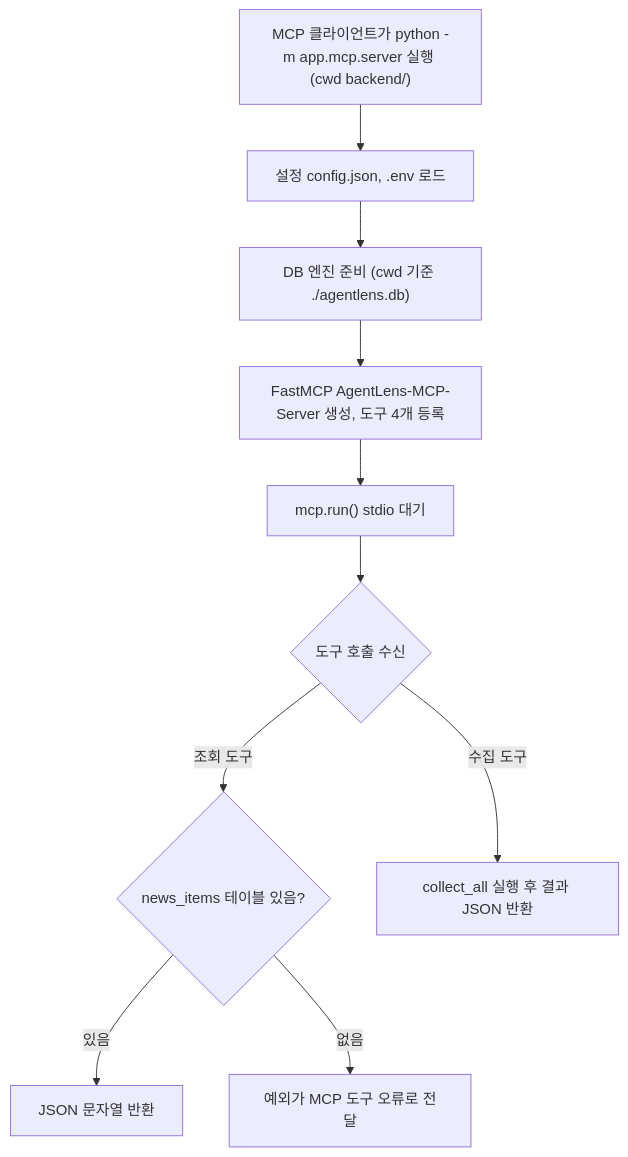
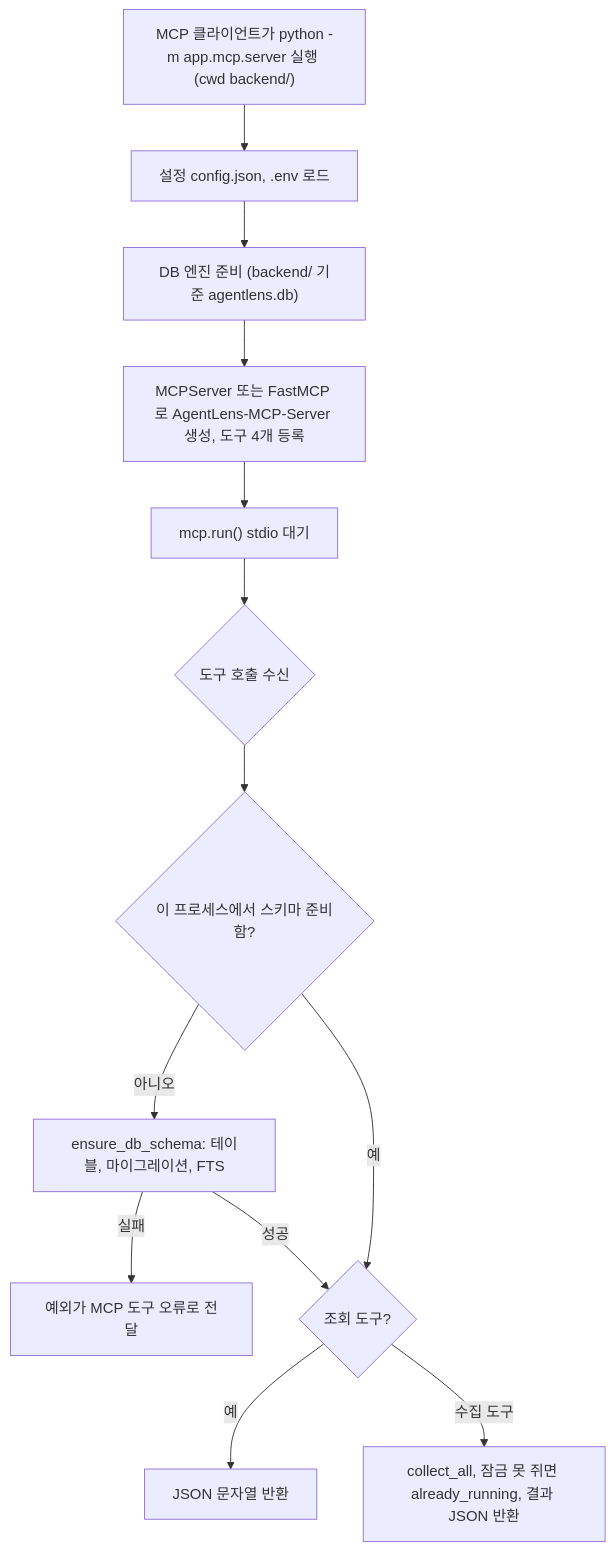
Before and after one commit to ozplayground/agent-lens: the first of 7 diagrams in docs/spec-writer/fsd/06_MCP_SERVER_SPECIFICATION.md, drawn with Mermaid. The commit also changed other lines of this file and 216 other files, not shown here.

````diff
--- a/docs/spec-writer/fsd/06_MCP_SERVER_SPECIFICATION.md
+++ b/docs/spec-writer/fsd/06_MCP_SERVER_SPECIFICATION.md
@@ -72,12 +72,15 @@
 ```mermaid
 flowchart TD
     A["MCP 클라이언트가 python -m app.mcp.server 실행 (cwd backend/)"] --> B["설정 config.json, .env 로드"]
-    B --> C["DB 엔진 준비 (cwd 기준 ./agentlens.db)"]
-    C --> D["FastMCP AgentLens-MCP-Server 생성, 도구 4개 등록"]
+    B --> C["DB 엔진 준비 (backend/ 기준 agentlens.db)"]
+    C --> D["MCPServer 또는 FastMCP 로 AgentLens-MCP-Server 생성, 도구 4개 등록"]
     D --> E["mcp.run() stdio 대기"]
     E --> F{"도구 호출 수신"}
-    F -->|조회 도구| G{"news_items 테이블 있음?"}
-    G -->|있음| H["JSON 문자열 반환"]
-    G -->|없음| I["예외가 MCP 도구 오류로 전달"]
-    F -->|수집 도구| J["collect_all 실행 후 결과 JSON 반환"]
+    F --> S{"이 프로세스에서 스키마 준비함?"}
+    S -->|아니오| T["ensure_db_schema: 테이블, 마이그레이션, FTS"]
+    T -->|실패| I["예외가 MCP 도구 오류로 전달"]
+    T -->|성공| U{"조회 도구?"}
+    S -->|예| U
+    U -->|예| H["JSON 문자열 반환"]
+    U -->|수집 도구| J["collect_all, 잠금 못 쥐면 already_running, 결과 JSON 반환"]
 ```
````
